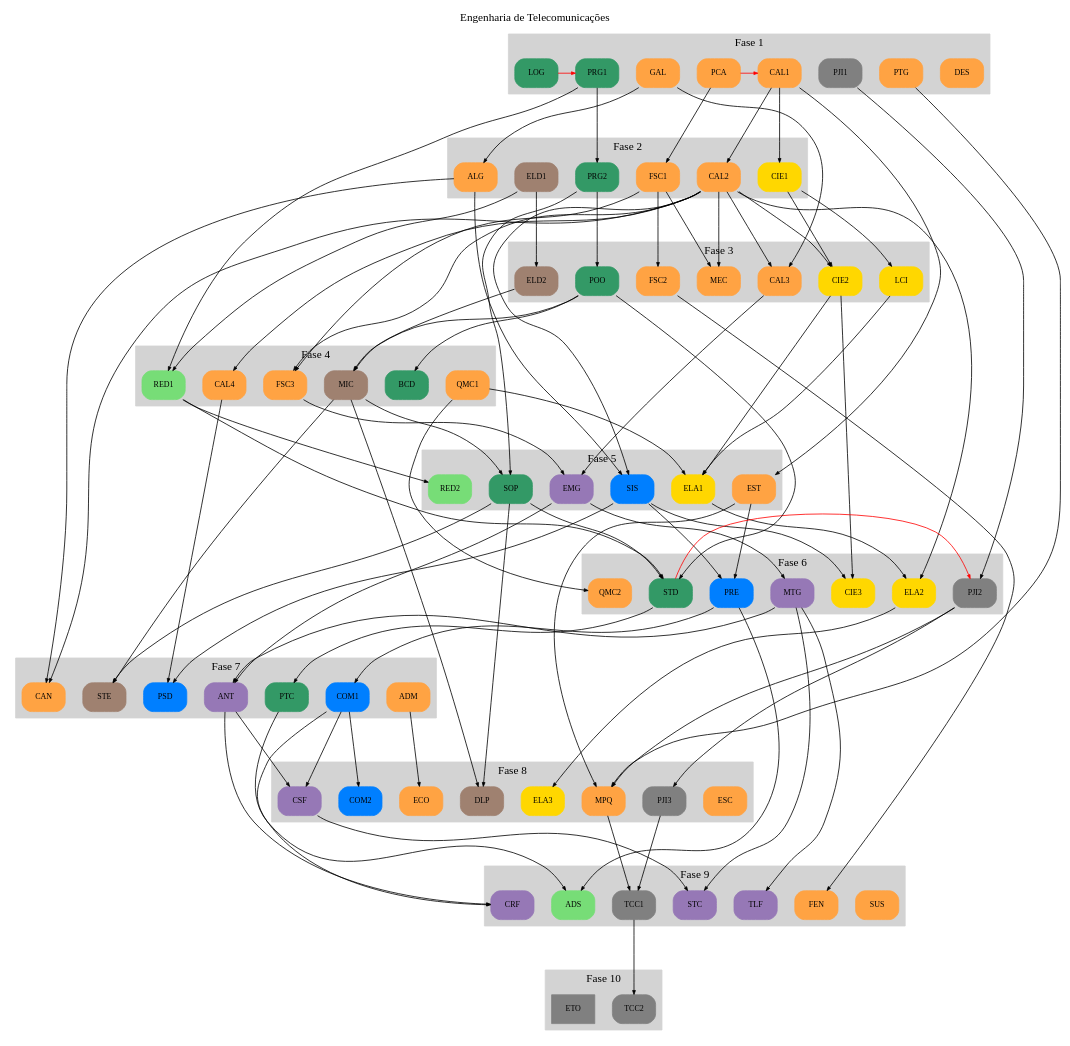
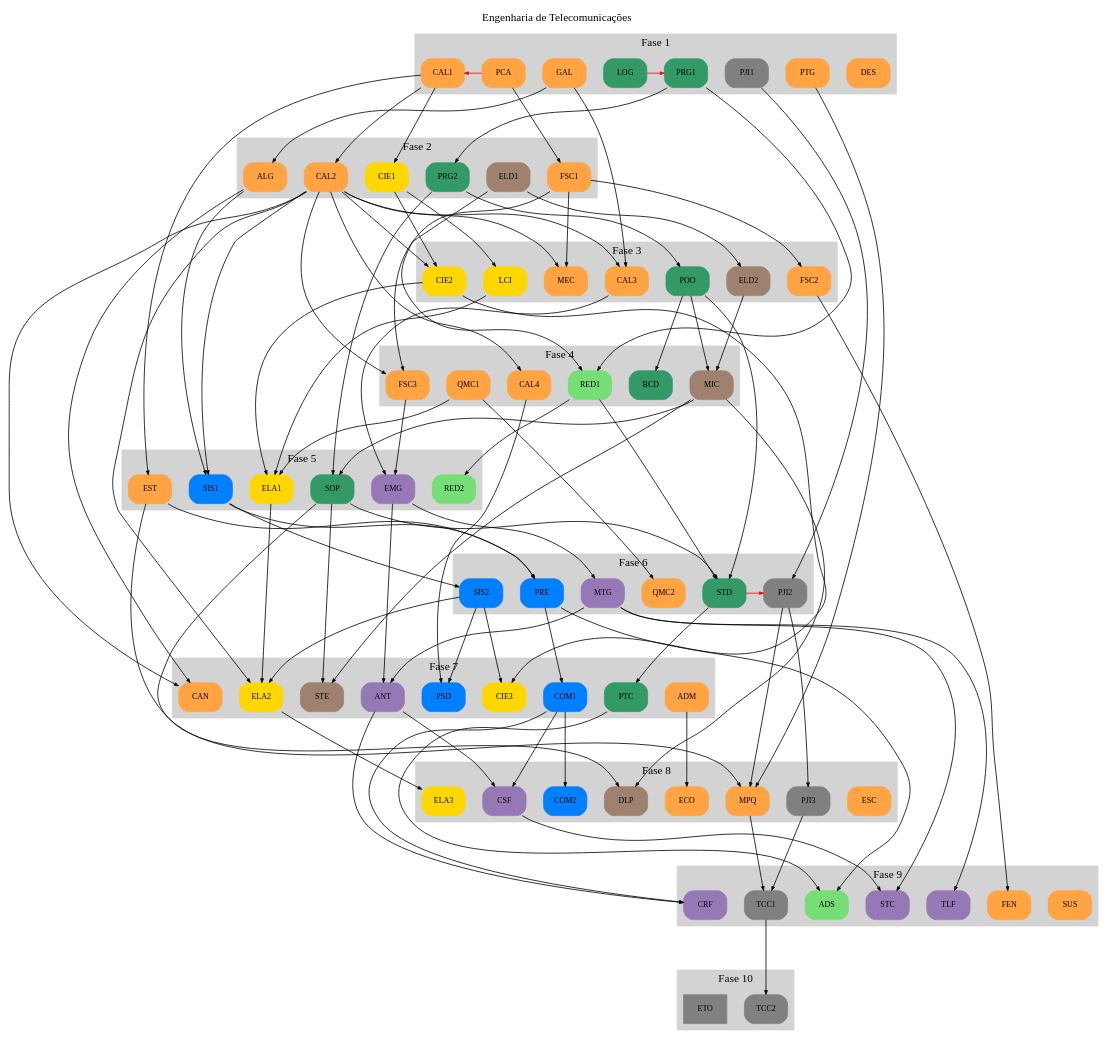
The diagram in engtelecom.dot (emersonmello/grade-dot-engtelecom), drawn with Graphviz before and after one commit.

Commit message:
alterações azul e amarelo

```diff
--- a/engtelecom.dot
+++ b/engtelecom.dot
@@ -38,18 +38,19 @@
     // Eixo amarelo
     {CAL1} -> CIE1
     {CIE1 CAL2} -> CIE2
-    {CIE2 SIS} -> CIE3 # TODO verificar
+    {CIE2 SIS2} -> CIE3 # TODO verificar
     {CIE2 LCI QMC1} -> ELA1 # TODO verificar
-    {CAL2 ELA1} -> ELA2
+    {CAL2 ELA1 SIS2} -> ELA2
     {ELA2} -> ELA3
     {CIE1} -> LCI
 
     // Eixo azul
     {PRE} -> COM1
     {COM1} -> COM2
-    {EST SIS} -> PRE
-    {CAL2 ALG} -> SIS
-    {CAL4 SIS} -> PSD
+    {EST SIS1} -> PRE
+    {CAL2 ALG} -> SIS1
+    {SIS1} -> SIS2
+    {CAL4 SIS2} -> PSD
 
     // Eixo cinza
     {} -> PJI1
@@ -133,7 +134,7 @@
       color=lightgrey
       node [style=filled,color=white]
 
-      SIS EST RED2 EMG  ELA1  SOP
+      SIS1 EST RED2 EMG  ELA1  SOP
     }
 
 
@@ -143,7 +144,7 @@
       color=lightgrey
       node [style=filled,color=white]
 
-      ELA2 MTG PRE CIE3  PJI2 STD QMC2
+      SIS2 MTG PRE   PJI2 STD QMC2
     }
 
     subgraph cluster_fase7 {
@@ -152,7 +153,7 @@
       color=lightgrey
       node [style=filled,color=white]
 
-      PSD ANT STE COM1 CAN PTC ADM
+      ELA2 CIE3 PSD ANT STE COM1 CAN PTC ADM
     }
 
     subgraph cluster_fase8 {
@@ -229,7 +230,8 @@
     COM2 [ch=80, color="#007FFF", id=COM2]
     PRE [ch=80, color="#007FFF", id=PRE]
     PSD [ch=80, color="#007FFF", id=PSD]
-    SIS [ch=100, color="#007FFF", id=SIS] # TODO, nada definido
+    SIS1 [ch=100, color="#007FFF", id=SIS1] # TODO, nada definido
+    SIS2 [ch=100, color="#007FFF", id=SIS2] # TODO, nada definido
 
 
     ETO [ch=160, color="#808080", id=ETO]
```
